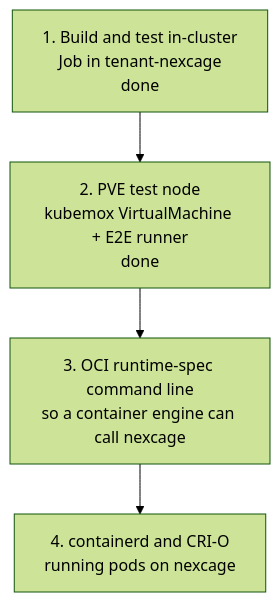
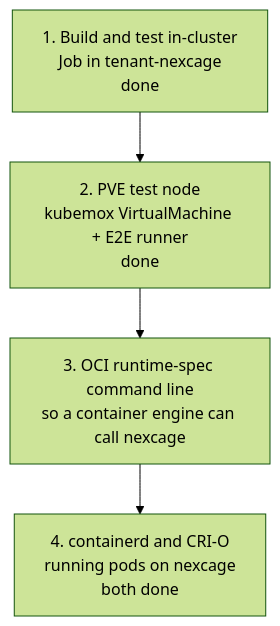
Before and after one commit to CageForge/nexcage: the diagram in docs/KUBERNETES_INTEGRATION.md, drawn with Mermaid (forest theme). The commit also changed other lines of this file and 4 other files, not shown here.

````diff
--- a/docs/KUBERNETES_INTEGRATION.md
+++ b/docs/KUBERNETES_INTEGRATION.md
@@ -57,6 +57,6 @@
 ```mermaid
 flowchart TD
   S1["1. Build and test in-cluster<br/>Job in tenant-nexcage<br/>done"] --> S2["2. PVE test node<br/>kubemox VirtualMachine + E2E runner<br/>done"]
   S2 --> S3["3. OCI runtime-spec command line<br/>so a container engine can call nexcage"]
-  S3 --> S4["4. containerd and CRI-O<br/>running pods on nexcage"]
+  S3 --> S4["4. containerd and CRI-O<br/>running pods on nexcage<br/>both done"]
 ```
````
